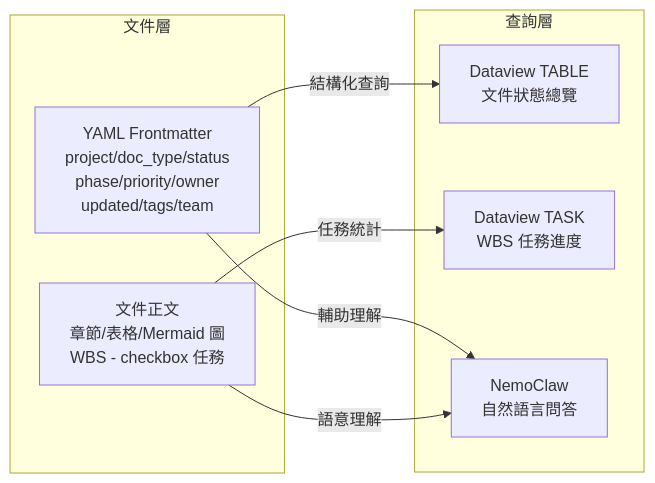
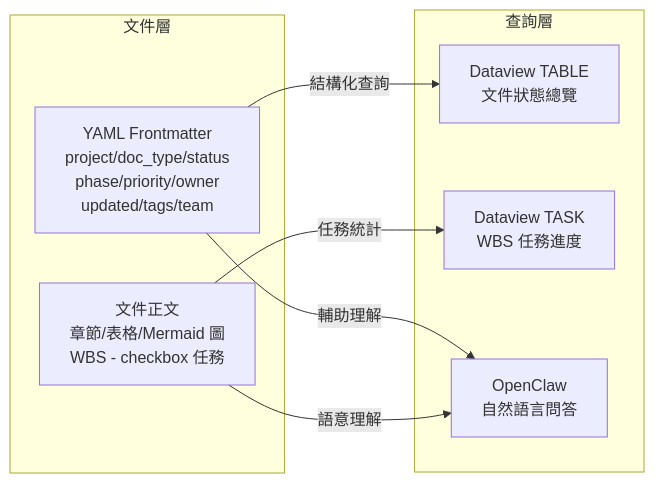
Before and after one commit to benben83922/Node_PM: the third of 4 diagrams in docs/architecture_and_design_document.md, drawn with Mermaid. The commit also changed other lines of this file and 401 other files, not shown here.

````diff
--- a/docs/architecture_and_design_document.md
+++ b/docs/architecture_and_design_document.md
@@ -122,18 +122,18 @@
 ```mermaid
 graph LR
     subgraph 文件層
         FM[YAML Frontmatter\nproject/doc_type/status\nphase/priority/owner\nupdated/tags/team]
         BODY[文件正文\n章節/表格/Mermaid 圖\nWBS - checkbox 任務]
     end
 
     subgraph 查詢層
         DQ1[Dataview TABLE\n文件狀態總覽]
         DQ2[Dataview TASK\nWBS 任務進度]
-        NLQ[NemoClaw\n自然語言問答]
+        NLQ[OpenClaw\n自然語言問答]
     end
 
     FM -->|結構化查詢| DQ1
     BODY -->|任務統計| DQ2
     FM -->|輔助理解| NLQ
     BODY -->|語意理解| NLQ
 ```
````
